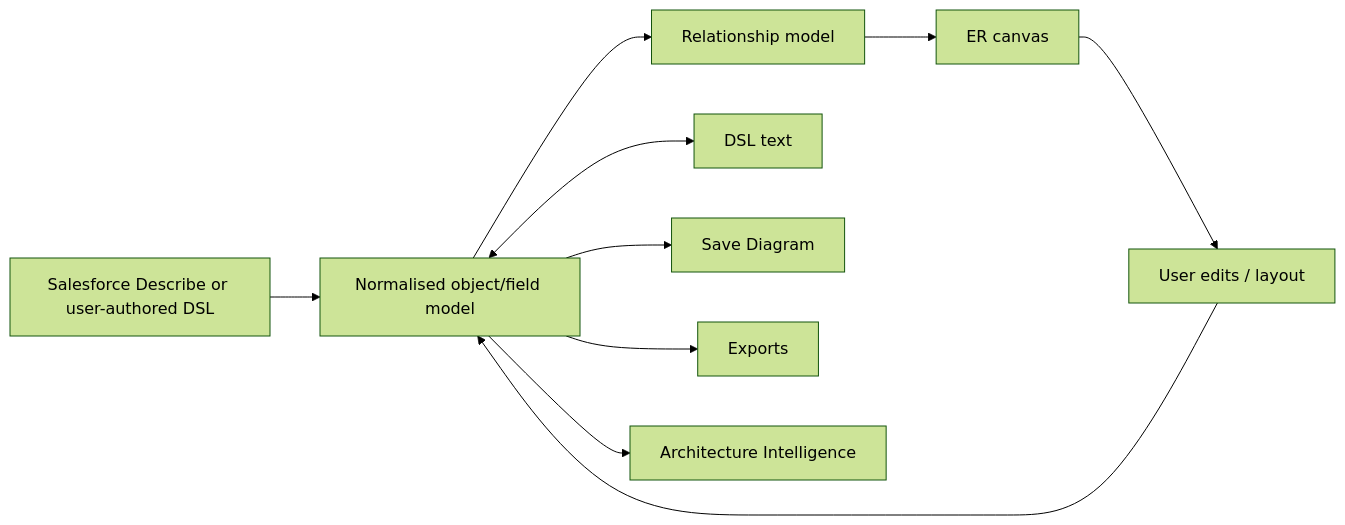
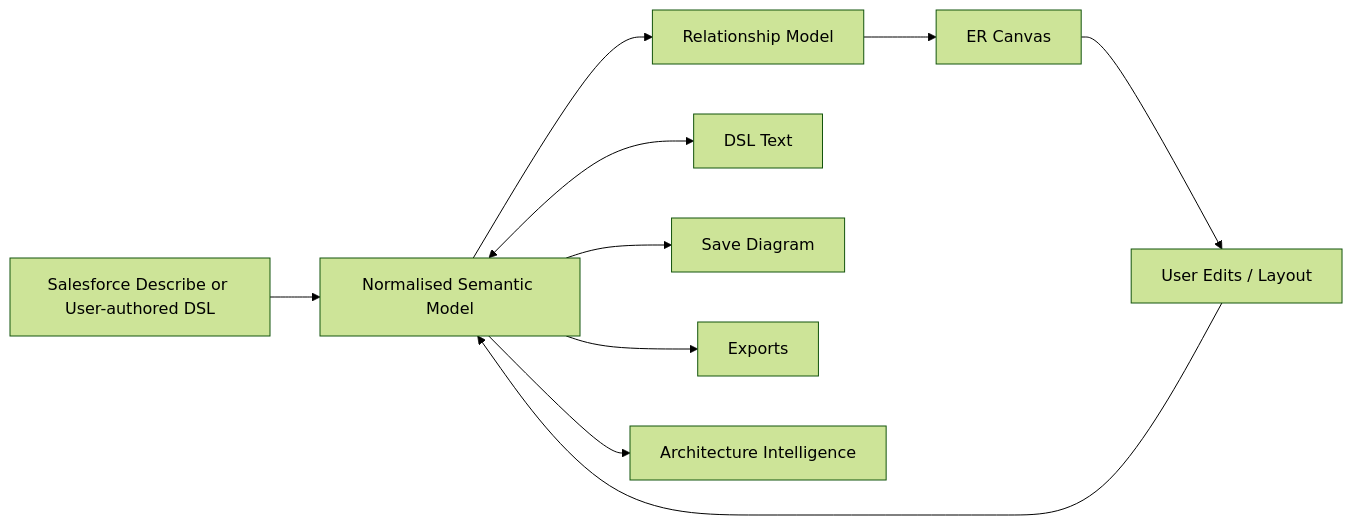
Before and after one commit to vikascohen/Salesforce-ER-Modeller-Studio: the second of 8 diagrams in docs/ARCHITECTURE.md, drawn with Mermaid (forest theme). The commit also changed other lines of this file, not shown here.

Commit message:
Consolidate V3 architecture documentation

````diff
--- a/docs/ARCHITECTURE.md
+++ b/docs/ARCHITECTURE.md
@@ -89,12 +102,12 @@
 ```mermaid
 flowchart LR
-    A[Salesforce Describe or user-authored DSL] --> B[Normalised object/field model]
-    B --> C[Relationship model]
-    C --> D[ER canvas]
-    D --> E[User edits / layout]
+    A[Salesforce Describe or User-authored DSL] --> B[Normalised Semantic Model]
+    B --> C[Relationship Model]
+    C --> D[ER Canvas]
+    D --> E[User Edits / Layout]
     E --> B
-    B <--> F[DSL text]
+    B <--> F[DSL Text]
     B --> G[Save Diagram]
     B --> H[Exports]
     B --> I[Architecture Intelligence]
 ```
````
